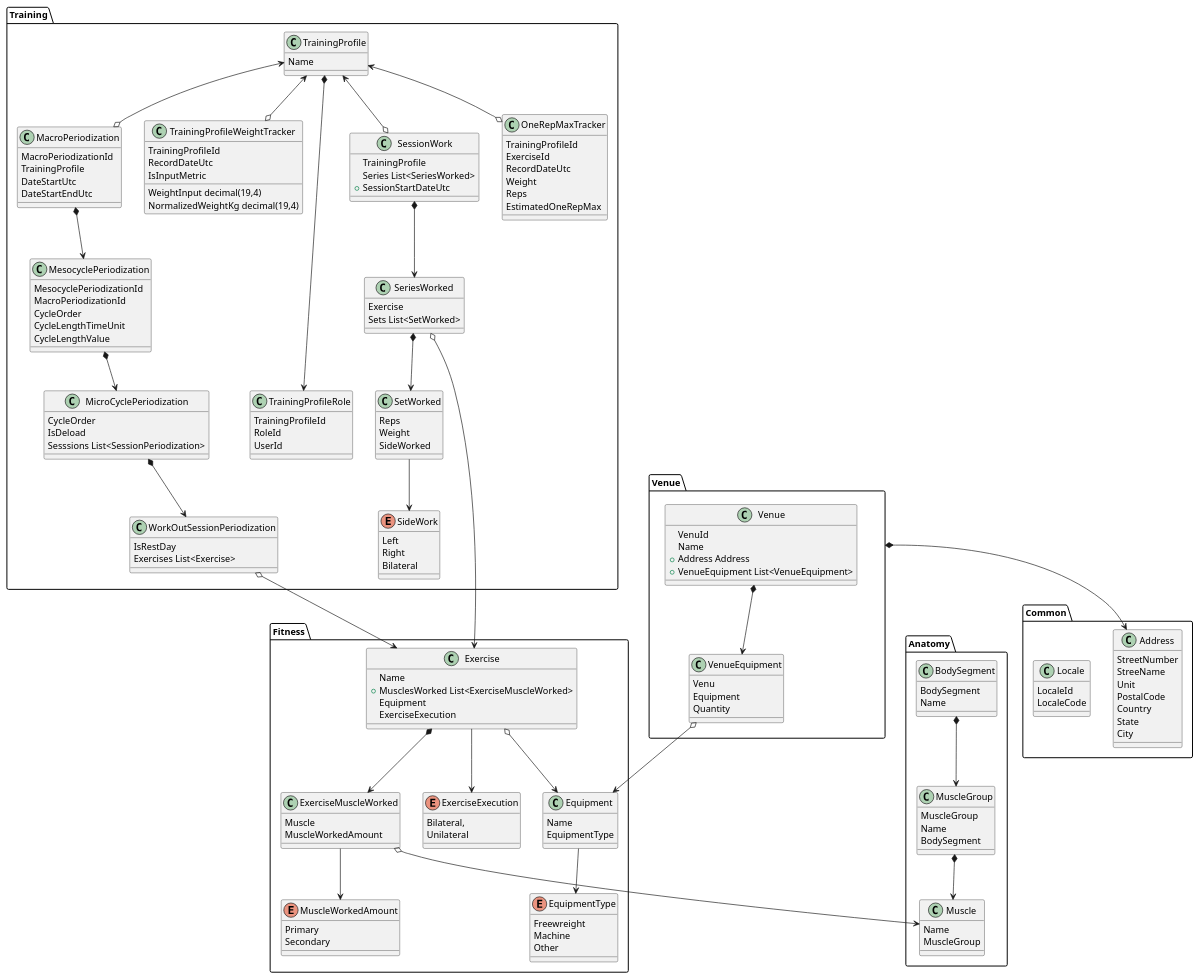
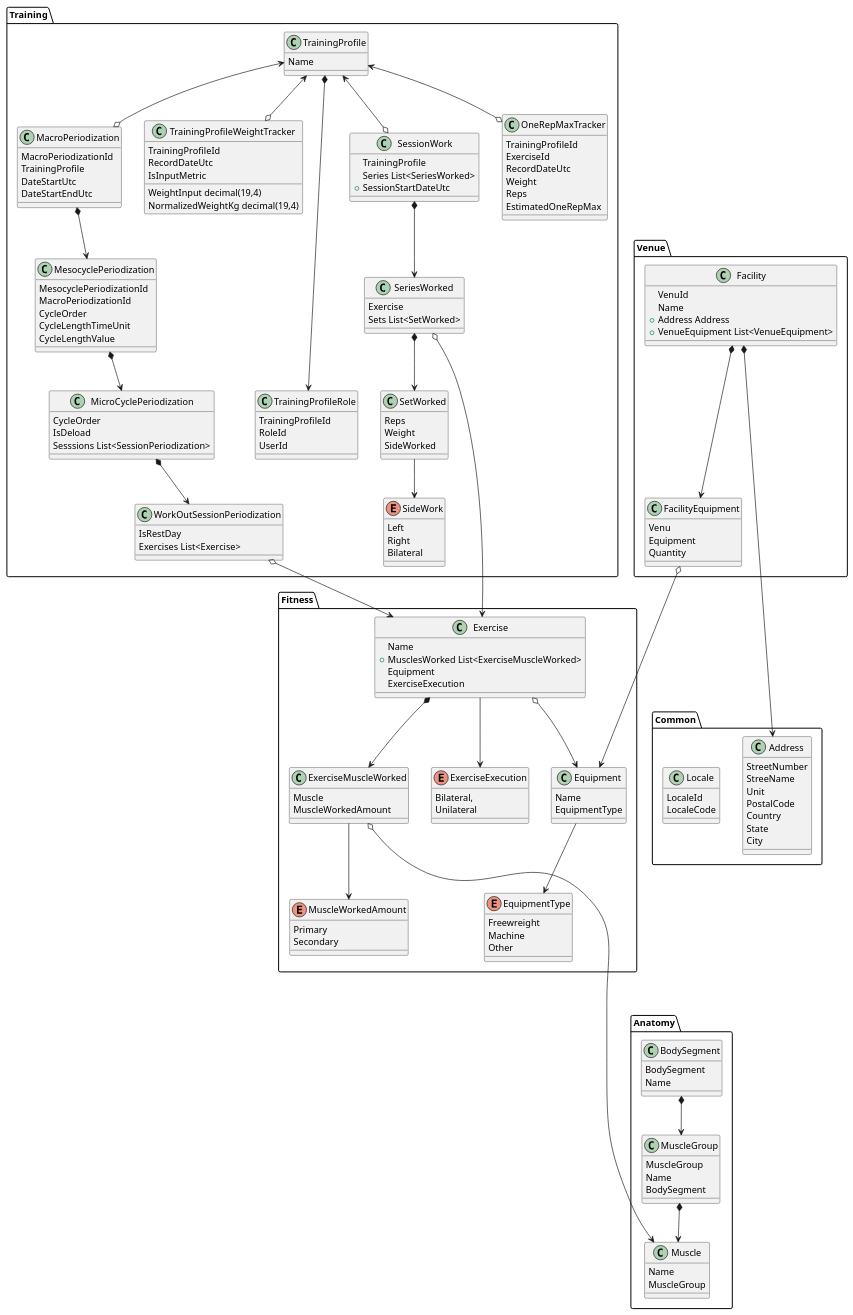
Before and after one commit to MatthewVRobertson/fortitutor-docs: the diagram in Core.plantuml, drawn with PlantUML.

Commit message:
Rename of venue scope

```diff
--- a/Core.plantuml
+++ b/Core.plantuml
@@ -58,9 +58,10 @@
     Exercise o--> Equipment
     Exercise --> ExerciseExecution
     ExerciseMuscleWorked --> MuscleWorkedAmount
-    ExerciseMuscleWorked o--> Anatomy.Muscle
+    Fitness.ExerciseMuscleWorked o------> Anatomy.Muscle
     Equipment --> EquipmentType
 }
+
 
 
 package Training {
@@ -163,28 +164,25 @@
 Training.SeriesWorked o--> Fitness.Exercise
 
 package Venue {
-    class Venue {
+    class Facility {
         VenuId
         Name  
         + Address Address      
         + VenueEquipment List<VenueEquipment>
     }
 
-    class VenueEquipment {
+    class FacilityEquipment {
         Venu
         Equipment
         Quantity
     }
-
     
-    
-    Venue *--> VenueEquipment
-    
+    Facility *---> FacilityEquipment
 }
 
-VenueEquipment o--> Fitness.Equipment
+FacilityEquipment o---> Fitness.Equipment
 
-Venue *--> Common.Address
+Facility *-----> Common.Address
 
 package Common {
     class Address {
```
